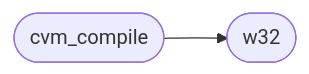
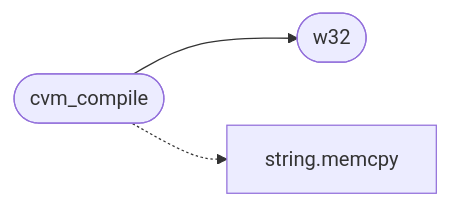
One commit to grisuno/miniOS changed the diagram in readmenator-apidocs/modules/progs.nuklear.cvm_emit.c.md. Above: the diagram before and after it, drawn with Mermaid. The commit also changed other lines of this file and 222 other files, not shown here.

````diff
--- a/readmenator-apidocs/modules/progs.nuklear.cvm_emit.c.md
+++ b/readmenator-apidocs/modules/progs.nuklear.cvm_emit.c.md
@@ -17,6 +17,8 @@
 ```mermaid
 flowchart LR
     n_progs_nuklear_cvm_emit_c__cvm_compile(["cvm_compile"])
     n_progs_nuklear_cvm_emit_c__w32(["w32"])
+    n_kernel_string_c__memcpy["string.memcpy"]
     n_progs_nuklear_cvm_emit_c__cvm_compile --> n_progs_nuklear_cvm_emit_c__w32
+    n_progs_nuklear_cvm_emit_c__cvm_compile -.-> n_kernel_string_c__memcpy
 ```
````
